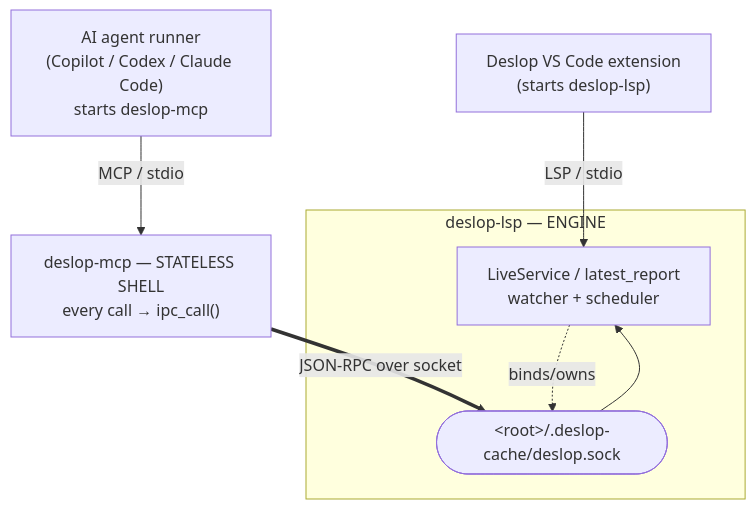
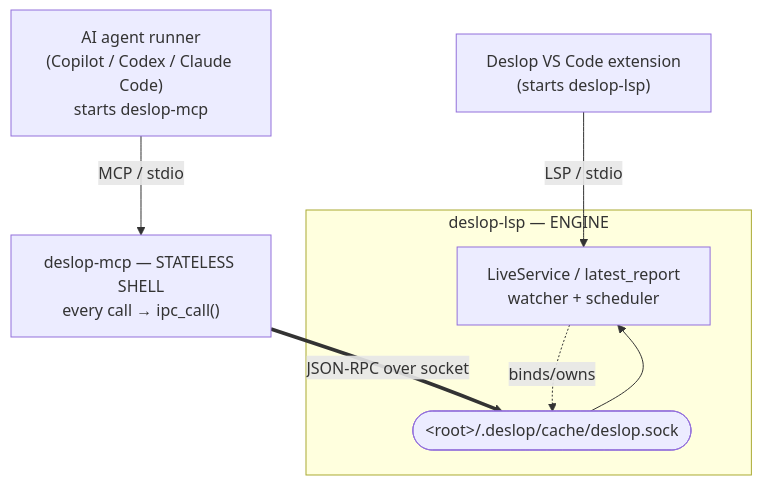
One commit to Nimblesite/Deslop changed the diagram in docs/designs/mcp-lsp-sidecar-autospawn.md. Above: the diagram before and after it, drawn with Mermaid. The commit also changed other lines of this file and 66 other files, not shown here.

````diff
--- a/docs/designs/mcp-lsp-sidecar-autospawn.md
+++ b/docs/designs/mcp-lsp-sidecar-autospawn.md
@@ -18,17 +18,17 @@
 ```mermaid
 flowchart TB
     ext["Deslop VS Code extension<br/>(starts deslop-lsp)"]
     client["AI agent runner<br/>(Copilot / Codex / Claude Code)<br/>starts deslop-mcp"]
 
     subgraph lsp["deslop-lsp — ENGINE"]
         engine["LiveService / latest_report<br/>watcher + scheduler"]
-        sock(["&lt;root&gt;/.deslop-cache/deslop.sock"])
+        sock(["&lt;root&gt;/.deslop/cache/deslop.sock"])
     end
     backend["deslop-mcp — STATELESS SHELL<br/>every call → ipc_call()"]
 
     ext -- "LSP / stdio" --> engine
     client -- "MCP / stdio" --> backend
     backend == "JSON-RPC over socket" ==> sock
     sock --> engine
     engine -. binds/owns .-> sock
 ```
````
